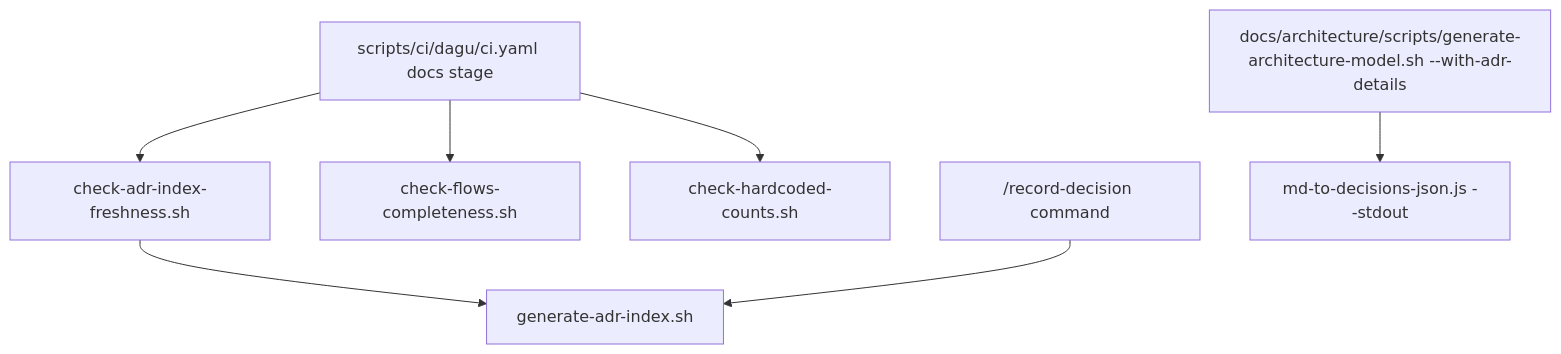
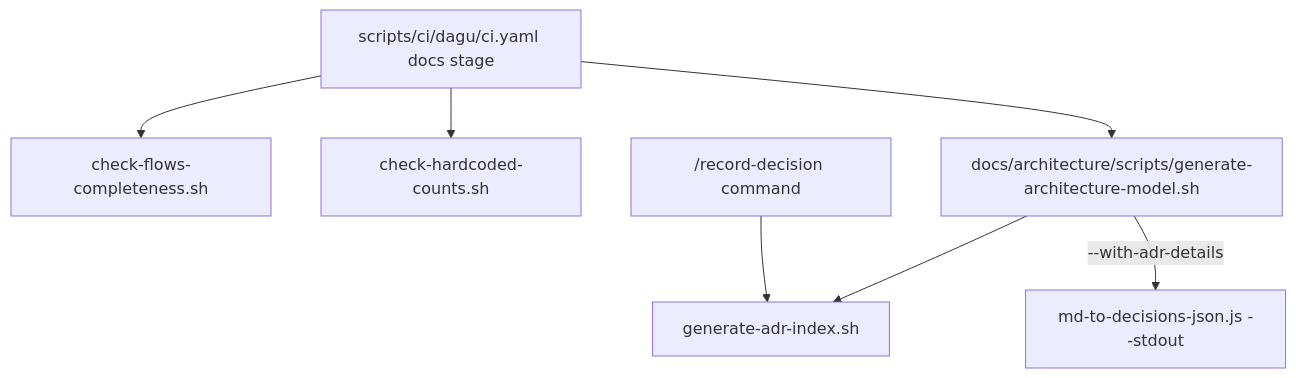
One commit to OstMutant/Advertisement changed the diagram in .claude/nav/scripts/README.md. Above: the diagram before and after it, drawn with Mermaid. The commit also changed other lines of this file and 19 other files, not shown here.

First line of the commit message:
fix(improvement-183): items 22-24 -- CI docs stage regenerates+returns the ADR index, one-run-at-a-time guard, flaky sort test

````diff
--- a/.claude/nav/scripts/README.md
+++ b/.claude/nav/scripts/README.md
@@ -33,9 +34,9 @@
 ```mermaid
 flowchart TD
-    CI[scripts/ci/dagu/ci.yaml docs stage] --> F[check-adr-index-freshness.sh]
-    CI --> FL[check-flows-completeness.sh]
+    CI[scripts/ci/dagu/ci.yaml docs stage] --> FL[check-flows-completeness.sh]
     CI --> H[check-hardcoded-counts.sh]
-    F --> G[generate-adr-index.sh]
+    CI --> GAM
+    GAM["docs/architecture/scripts/generate-architecture-model.sh"] --> G[generate-adr-index.sh]
     RD["/record-decision command"] --> G
-    GAM["docs/architecture/scripts/generate-architecture-model.sh --with-adr-details"] --> M["md-to-decisions-json.js --stdout"]
+    GAM -->|--with-adr-details| M["md-to-decisions-json.js --stdout"]
 ```
````
